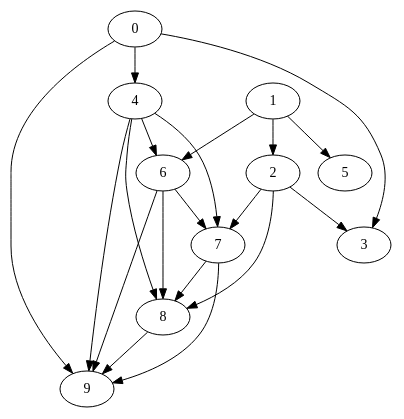
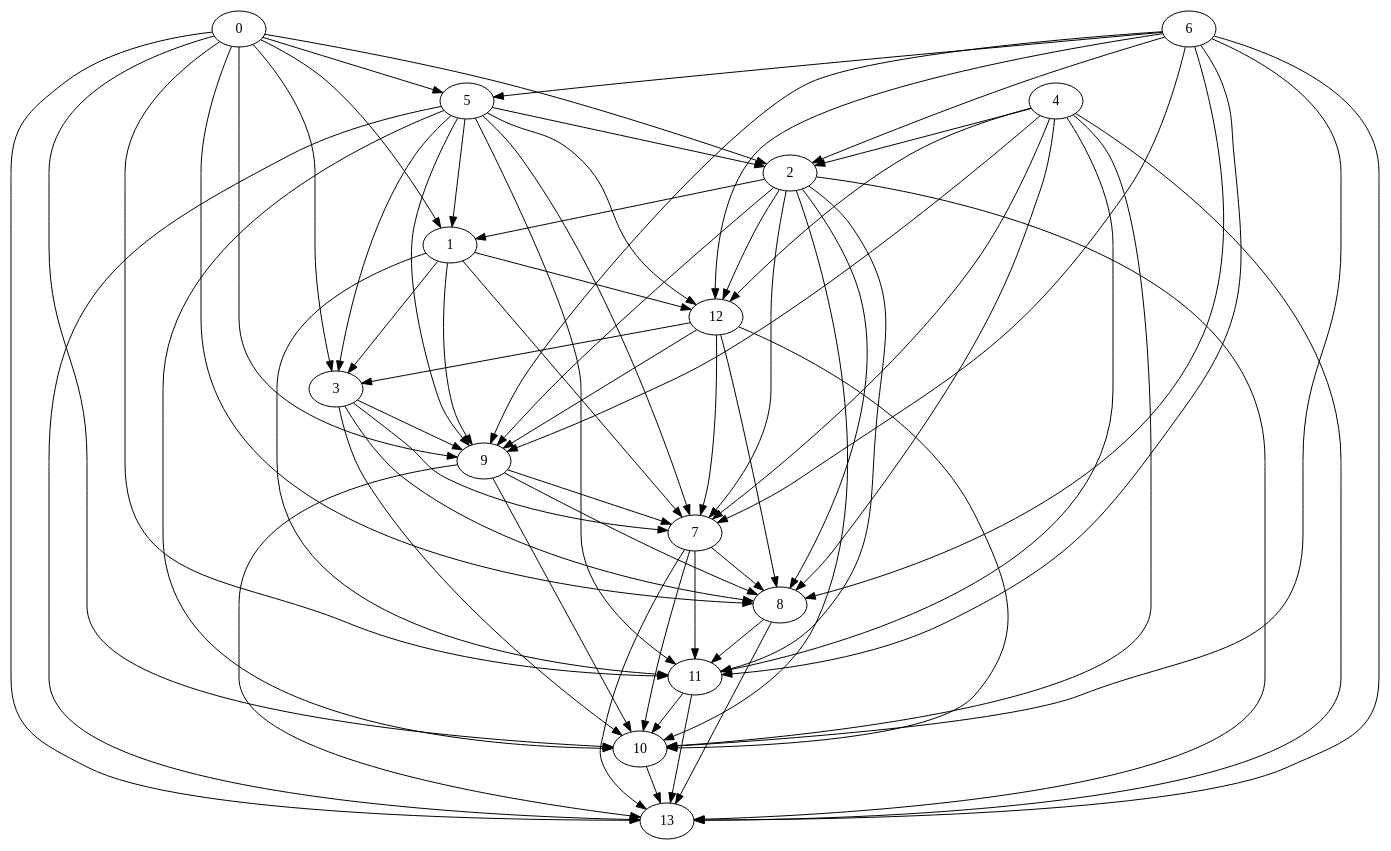
Before and after one commit to zsuh022/process-scheduler: the diagram in src/main/resources/dotfiles/input/Nodes_10_Random-output.dot, drawn with Graphviz. The commit also changed 4 other files, not shown here.

```diff
--- a/src/main/resources/dotfiles/input/Nodes_10_Random-output.dot
+++ b/src/main/resources/dotfiles/input/Nodes_10_Random-output.dot
@@ -1,31 +1,86 @@
 digraph {
-	"0" ["Start"=0,"Weight"=6,"Processor"=1];
-	"1" ["Start"=6,"Weight"=5,"Processor"=1];
-	"2" ["Start"=11,"Weight"=5,"Processor"=1];
-	"3" ["Start"=40,"Weight"=10,"Processor"=2];
-	"4" ["Start"=16,"Weight"=3,"Processor"=1];
-	"5" ["Start"=30,"Weight"=7,"Processor"=2];
-	"6" ["Start"=19,"Weight"=8,"Processor"=1];
-	"7" ["Start"=27,"Weight"=3,"Processor"=1];
-	"8" ["Start"=30,"Weight"=8,"Processor"=1];
-	"9" ["Start"=38,"Weight"=8,"Processor"=1];
-	"1" -> "2" ["Weight"=48];
-	"2" -> "3" ["Weight"=10];
-	"6" -> "7" ["Weight"=15];
-	"7" -> "8" ["Weight"=15];
-	"8" -> "9" ["Weight"=39];
-	"4" -> "6" ["Weight"=10];
-	"6" -> "8" ["Weight"=39];
-	"7" -> "9" ["Weight"=34];
-	"0" -> "3" ["Weight"=34];
-	"4" -> "7" ["Weight"=48];
-	"6" -> "9" ["Weight"=29];
-	"0" -> "4" ["Weight"=24];
-	"1" -> "5" ["Weight"=19];
-	"4" -> "8" ["Weight"=48];
-	"1" -> "6" ["Weight"=39];
-	"2" -> "7" ["Weight"=48];
-	"4" -> "9" ["Weight"=39];
-	"2" -> "8" ["Weight"=48];
-	"0" -> "9" ["Weight"=44];
+	"11" ["Start"=0,"Weight"=799,"Processor"=1];
+	"12" ["Start"=1728,"Weight"=831,"Processor"=1];
+	"13" ["Start"=1740,"Weight"=407,"Processor"=2];
+	"0" ["Start"=0,"Weight"=481,"Processor"=3];
+	"1" ["Start"=1311,"Weight"=178,"Processor"=3];
+	"2" ["Start"=1520,"Weight"=961,"Processor"=3];
+	"3" ["Start"=2559,"Weight"=666,"Processor"=1];
+	"4" ["Start"=0,"Weight"=572,"Processor"=4];
+	"5" ["Start"=1337,"Weight"=279,"Processor"=4];
+	"6" ["Start"=1616,"Weight"=471,"Processor"=4];
+	"7" ["Start"=3225,"Weight"=455,"Processor"=1];
+	"8" ["Start"=3680,"Weight"=729,"Processor"=1];
+	"9" ["Start"=3613,"Weight"=468,"Processor"=2];
+	"10" ["Start"=4468,"Weight"=535,"Processor"=2];
+	"0" -> "1" ["Weight"=786];
+	"0" -> "2" ["Weight"=959];
+	"0" -> "3" ["Weight"=403];
+	"4" -> "7" ["Weight"=423];
+	"4" -> "8" ["Weight"=540];
+	"0" -> "5" ["Weight"=856];
+	"4" -> "9" ["Weight"=888];
+	"0" -> "8" ["Weight"=122];
+	"0" -> "9" ["Weight"=191];
+	"1" -> "11" ["Weight"=570];
+	"1" -> "12" ["Weight"=568];
+	"3" -> "10" ["Weight"=384];
+	"5" -> "10" ["Weight"=813];
+	"5" -> "11" ["Weight"=216];
+	"5" -> "12" ["Weight"=629];
+	"7" -> "10" ["Weight"=788];
+	"10" -> "13" ["Weight"=643];
+	"5" -> "13" ["Weight"=895];
+	"7" -> "11" ["Weight"=118];
+	"12" -> "10" ["Weight"=839];
+	"9" -> "10" ["Weight"=627];
+	"7" -> "13" ["Weight"=786];
+	"9" -> "13" ["Weight"=704];
+	"5" -> "1" ["Weight"=569];
+	"5" -> "2" ["Weight"=373];
+	"5" -> "3" ["Weight"=325];
+	"9" -> "7" ["Weight"=242];
+	"9" -> "8" ["Weight"=326];
+	"1" -> "3" ["Weight"=629];
+	"5" -> "7" ["Weight"=691];
+	"5" -> "9" ["Weight"=952];
+	"1" -> "7" ["Weight"=467];
+	"1" -> "9" ["Weight"=151];
+	"11" -> "10" ["Weight"=368];
+	"12" -> "3" ["Weight"=496];
+	"12" -> "7" ["Weight"=379];
+	"12" -> "8" ["Weight"=516];
+	"12" -> "9" ["Weight"=903];
+	"6" -> "2" ["Weight"=376];
+	"2" -> "1" ["Weight"=350];
+	"6" -> "5" ["Weight"=451];
+	"6" -> "7" ["Weight"=227];
+	"6" -> "8" ["Weight"=453];
+	"6" -> "9" ["Weight"=145];
+	"2" -> "7" ["Weight"=638];
+	"2" -> "8" ["Weight"=357];
+	"2" -> "9" ["Weight"=870];
+	"0" -> "10" ["Weight"=237];
+	"0" -> "11" ["Weight"=816];
+	"2" -> "10" ["Weight"=987];
+	"0" -> "13" ["Weight"=946];
+	"2" -> "11" ["Weight"=537];
+	"2" -> "12" ["Weight"=767];
+	"4" -> "10" ["Weight"=344];
+	"2" -> "13" ["Weight"=779];
+	"4" -> "11" ["Weight"=724];
+	"4" -> "12" ["Weight"=973];
+	"6" -> "10" ["Weight"=801];
+	"11" -> "13" ["Weight"=350];
+	"4" -> "13" ["Weight"=704];
+	"6" -> "11" ["Weight"=369];
+	"6" -> "12" ["Weight"=558];
+	"6" -> "13" ["Weight"=341];
+	"8" -> "11" ["Weight"=341];
+	"8" -> "13" ["Weight"=259];
+	"7" -> "8" ["Weight"=198];
+	"3" -> "7" ["Weight"=663];
+	"3" -> "8" ["Weight"=620];
+	"3" -> "9" ["Weight"=388];
+	"4" -> "2" ["Weight"=948];
 }
```
